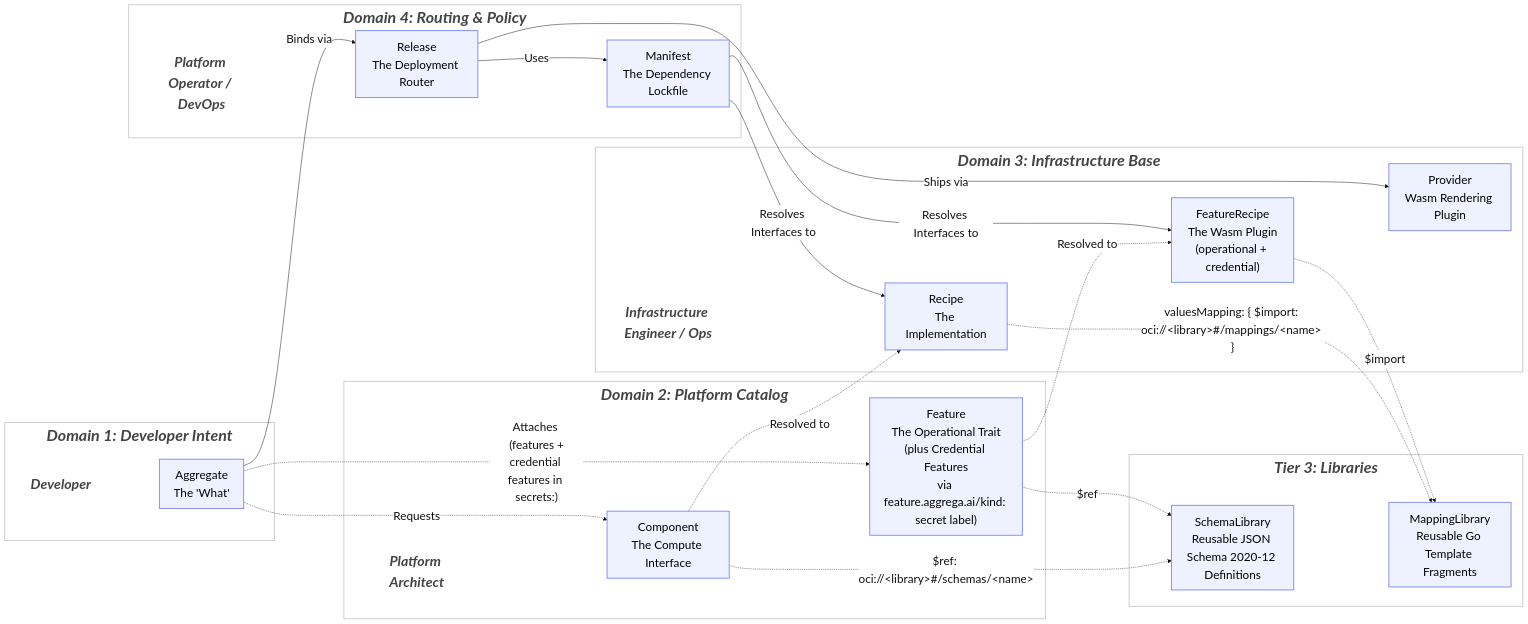
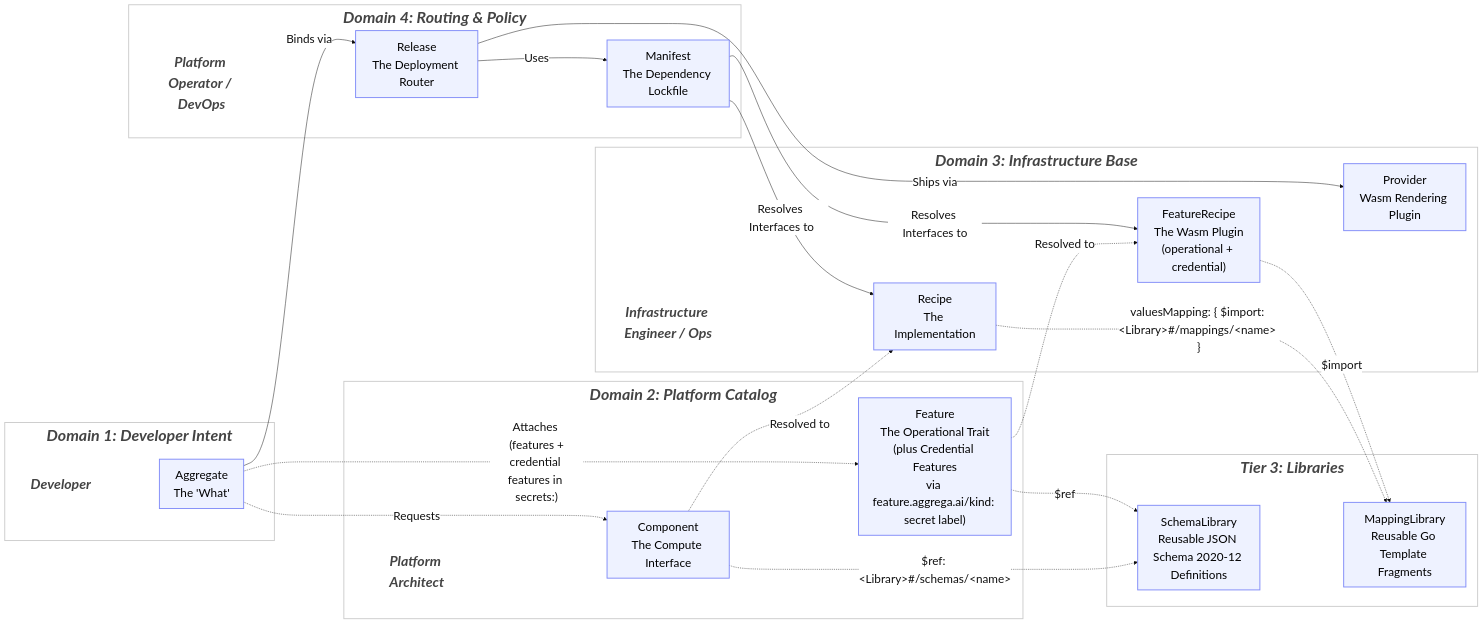
The diagram in architecture/04-eight-entity-taxonomy.md (aggrega-ai/aggrega-docs), drawn with Mermaid before and after one commit. The commit also changed other lines of this file and 8 other files, not shown here.

Commit message:
docs(catalog-conventions): use the bare-name identity form for library imports

```diff
--- a/architecture/04-eight-entity-taxonomy.md
+++ b/architecture/04-eight-entity-taxonomy.md
@@ -5,81 +5,81 @@
 ~~~mermaid
 %%{
   init: {
     'theme': 'base',
     'themeVariables': {
       'fontSize': '25px',
       'fontFamily': 'sans-serif',
       'primaryTextColor': '#111',
       'edgeLabelBackground': '#ffffff',
       'clusterBkg': '#fafafa',
       'clusterBorder': '#cccccc'
     }
   }
 }%%
 graph LR
     classDef domain fill:transparent,stroke:#cccccc,stroke-width:2px,font-weight:bold,font-style:italic,font-size:34px,color:#444;
     classDef role fill:transparent,stroke:none,font-weight:bold,font-style:italic,font-size:30px,color:#444;
     classDef baseNode fill:#eef2ff,stroke:#818cf8,stroke-width:2px,font-size:25px,color:#000;
 
     subgraph D1 ["Domain 1: Developer Intent"]
         P1["Developer"]:::role
         A["Aggregate<br/>The 'What'"]:::baseNode
         P1 ~~~ A
     end
 
     subgraph D2 ["Domain 2: Platform Catalog"]
         P2["Platform Architect"]:::role
         CC["Component<br/>The Compute Interface"]:::baseNode
         CapC["Feature<br/>The Operational Trait<br/>(plus Credential Features<br/>via feature.aggrega.ai/kind: secret label)"]:::baseNode
         P2 ~~~ CC
         CC ~~~ CapC
     end
 
     subgraph D4 ["Domain 4: Routing & Policy"]
         P4["Platform Operator / DevOps"]:::role
         EB["Release<br/>The Deployment Router"]:::baseNode
         ENV["Manifest<br/>The Dependency Lockfile"]:::baseNode
         P4 ~~~ EB
         EB ~~~ ENV
     end
 
     subgraph D3 ["Domain 3: Infrastructure Base"]
         P3["Infrastructure Engineer / Ops"]:::role
         CD["Recipe<br/>The Implementation"]:::baseNode
         CapD["FeatureRecipe<br/>The Wasm Plugin<br/>(operational + credential)"]:::baseNode
         T["Provider<br/>Wasm Rendering Plugin"]:::baseNode
         P3 ~~~ CD
         CD ~~~ CapD
         CapD ~~~ T
     end
 
     subgraph DL ["Tier 3: Libraries"]
         SL["SchemaLibrary<br/>Reusable JSON Schema 2020-12 Definitions"]:::baseNode
         ML["MappingLibrary<br/>Reusable Go Template Fragments"]:::baseNode
         SL ~~~ ML
     end
 
     %% Logical Flow Connections
     A -.->|"Requests"| CC
     A -.->|"Attaches (features +<br/>credential features in secrets:)"| CapC
     A -->|"Binds via"| EB
 
     CC -.->|"Resolved to"| CD
     CapC -.->|"Resolved to"| CapD
 
     EB -->|"Uses"| ENV
 
     ENV -->|"Resolves Interfaces to"| CD
     ENV -->|"Resolves Interfaces to"| CapD
 
     EB -->|"Ships via"| T
 
     %% Library references (Tier 3 — opt-in for catalogs needing cross-Component reuse)
-    CC -.->|"$ref: oci://&lt;library&gt;#/schemas/&lt;name&gt;"| SL
+    CC -.->|"$ref: &lt;Library&gt;#/schemas/&lt;name&gt;"| SL
     CapC -.->|"$ref"| SL
-    CD -.->|"valuesMapping: { $import: oci://&lt;library&gt;#/mappings/&lt;name&gt; }"| ML
+    CD -.->|"valuesMapping: { $import: &lt;Library&gt;#/mappings/&lt;name&gt; }"| ML
     CapD -.->|"$import"| ML
 
     %% Apply the domain class to the subgraphs
     class D1,D2,D3,D4,DL domain;
 ~~~
```
